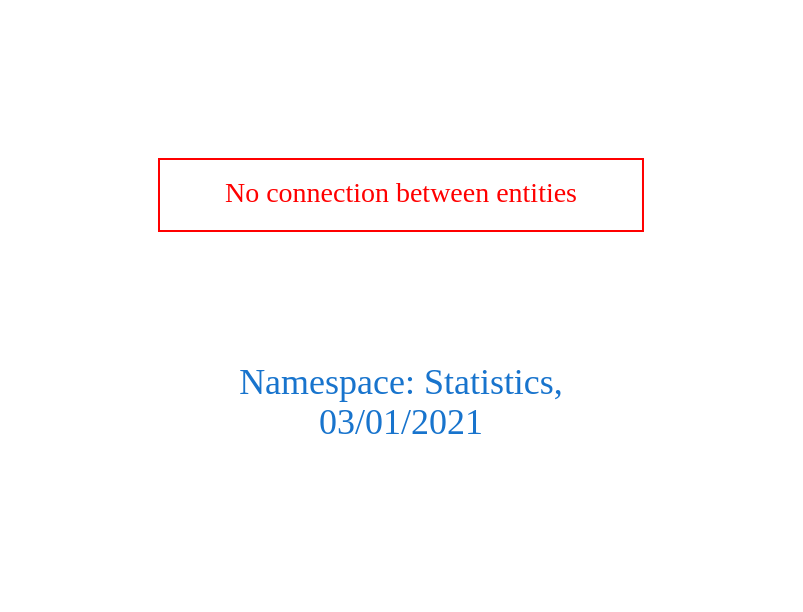
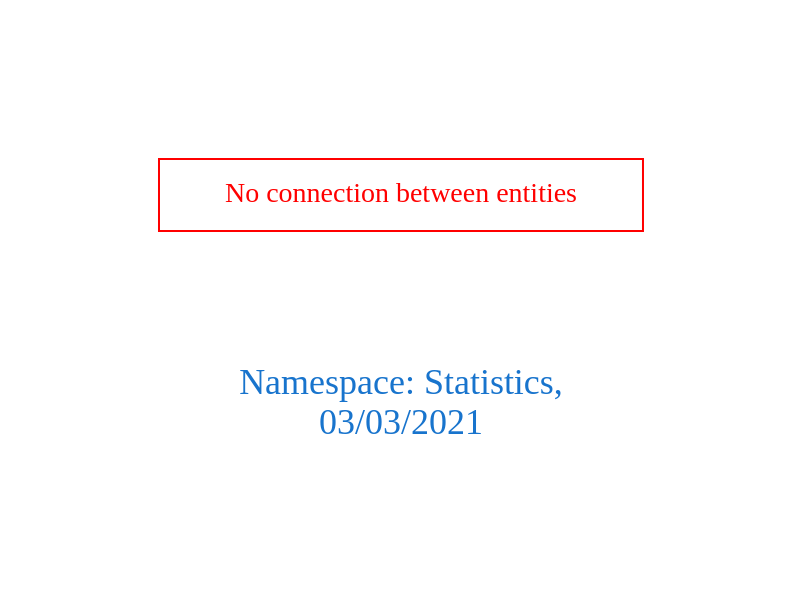
One commit to arago/OGIT changed the diagram in downloads/Statistics.dot. Above: the diagram before and after it, drawn with Graphviz. The commit also changed 1845 other files, not shown here.

```diff
--- a/downloads/Statistics.dot
+++ b/downloads/Statistics.dot
@@ -1,9 +1,9 @@
 digraph OGIT_ontology {
  graph [ rankdir= LR,pad=1 
 fontsize = 18,
-fontcolor= dodgerblue3,label = "\n\n\nNamespace: Statistics, \n 03/01/2021"];
+fontcolor= dodgerblue3,label = "\n\n\nNamespace: Statistics, \n 03/03/2021"];
 node[shape=polygon];
 edge [  color="gray81"];
 
 "No connection between entities" [fontcolor = "red",color="red", shape="polygon"]
 }
```
